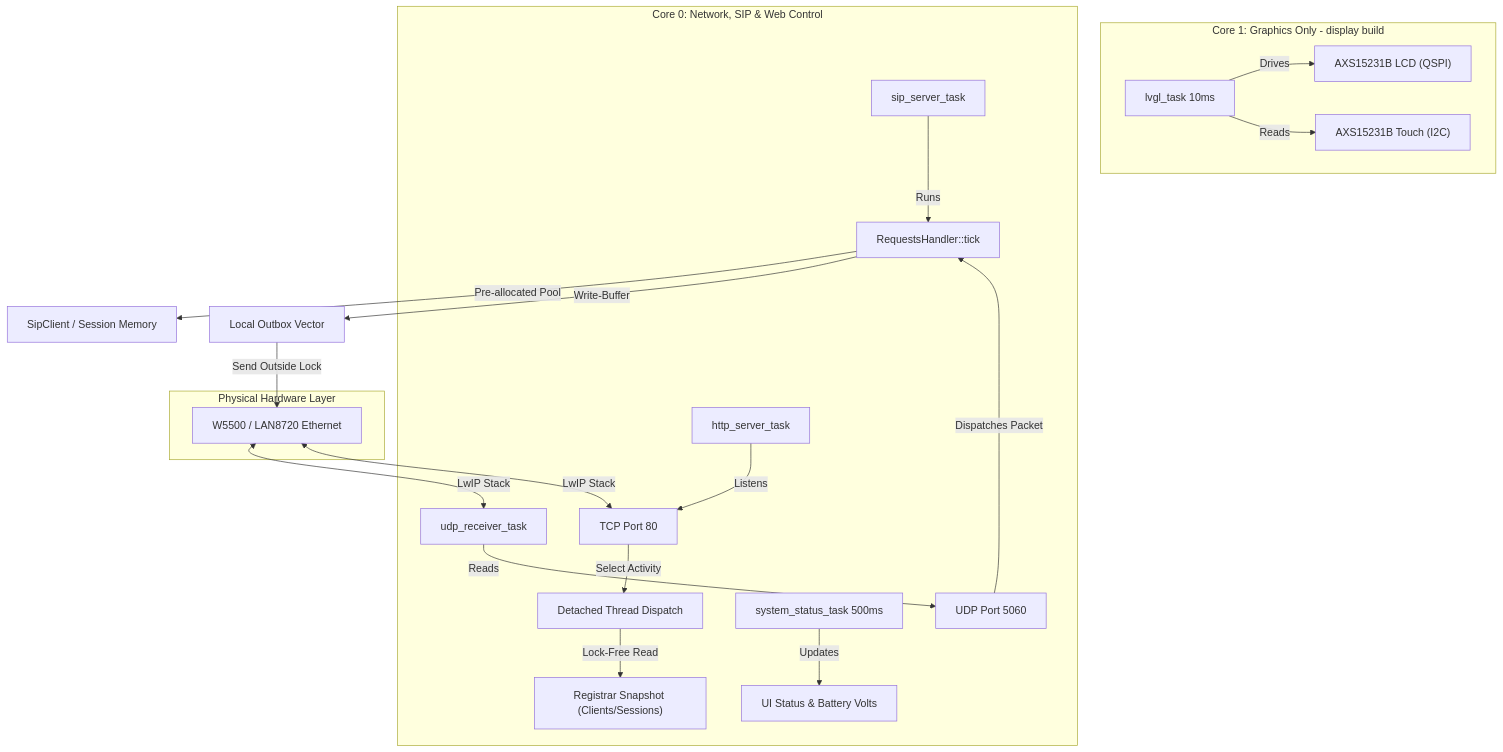
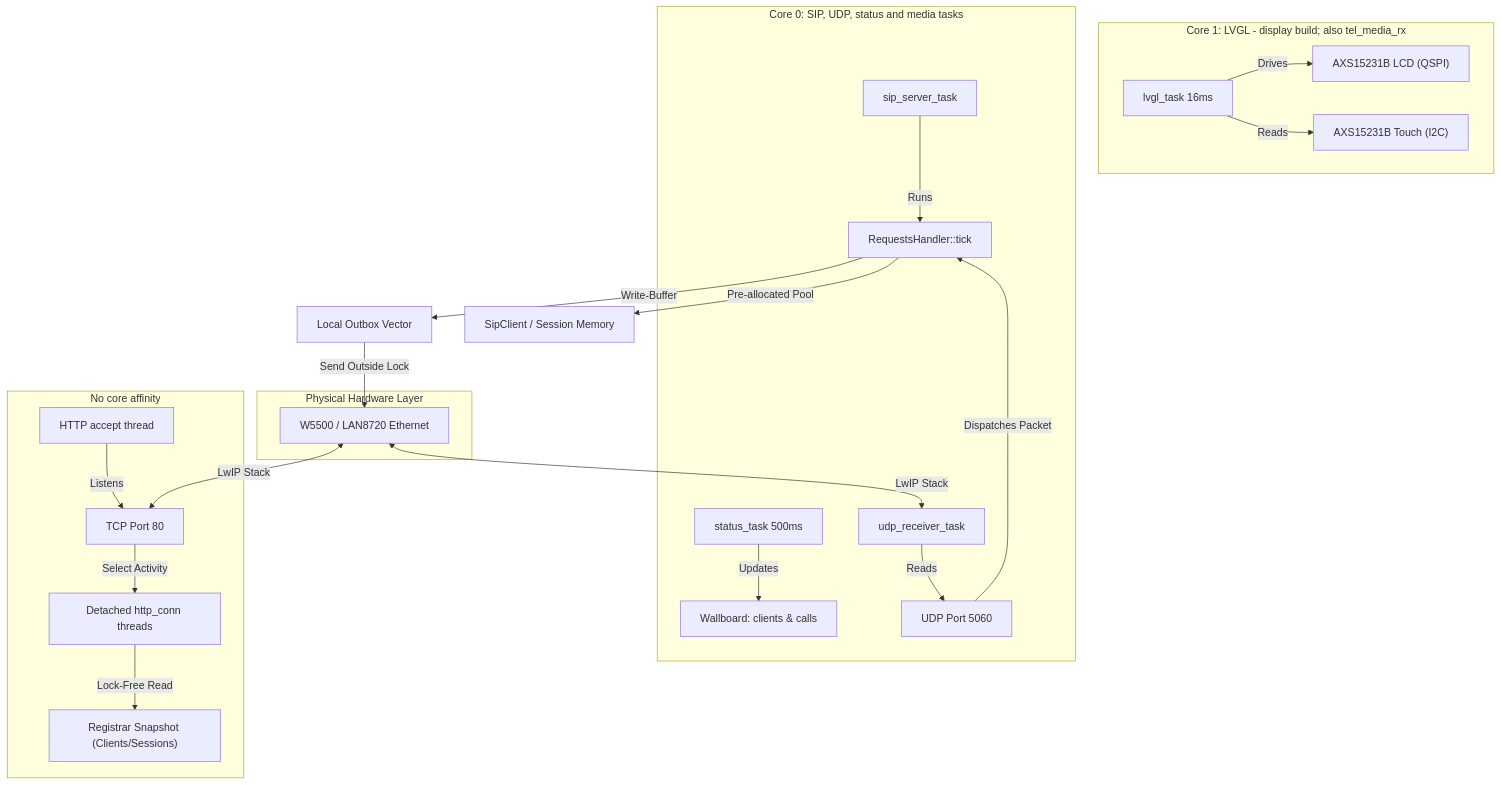
One commit to GlomarGadaffi/pocket-dial changed the diagram in docs/ARCHITECTURE.md. Above: the diagram before and after it, drawn with Mermaid. The commit also changed other lines of this file and 2 other files, not shown here.

First line of the commit message:
docs: re-check FEATURE_ROADMAP, ARCHITECTURE and the RFC map against main (Part of #401) (#520)

````diff
--- a/docs/ARCHITECTURE.md
+++ b/docs/ARCHITECTURE.md
@@ -20,28 +23,31 @@
 ```mermaid
 graph TD
-    subgraph Core 1 [Core 1: Graphics Only - display build]
-        A[lvgl_task 10ms] -->|Drives| B["AXS15231B LCD (QSPI)"]
+    subgraph Core 1 [Core 1: LVGL - display build; also tel_media_rx]
+        A[lvgl_task 16ms] -->|Drives| B["AXS15231B LCD (QSPI)"]
         A -->|Reads| C["AXS15231B Touch (I2C)"]
     end
 
-    subgraph Core 0 [Core 0: Network, SIP & Web Control]
+    subgraph Core 0 [Core 0: SIP, UDP, status and media tasks]
         D[sip_server_task] -->|Runs| E[RequestsHandler::tick]
-        F[http_server_task] -->|Listens| G[TCP Port 80]
-        G -->|Select Activity| H["Detached Thread Dispatch"]
+        J[status_task 500ms] -->|Updates| K[Wallboard: clients & calls]
+        L[udp_receiver_task] -->|Reads| M[UDP Port 5060]
+    end
+
+    subgraph Unpinned [No core affinity]
+        F["HTTP accept thread"] -->|Listens| G[TCP Port 80]
+        G -->|Select Activity| H["Detached http_conn threads"]
         H -->|Lock-Free Read| I["Registrar Snapshot (Clients/Sessions)"]
-        J[system_status_task 500ms] -->|Updates| K[UI Status & Battery Volts]
-        L[udp_receiver_task] -->|Reads| M[UDP Port 5060]
     end
 
     subgraph Hardware [Physical Hardware Layer]
         B
         C
         N["W5500 / LAN8720 Ethernet"] <-->|LwIP Stack| L
         N <-->|LwIP Stack| G
     end
 
     E -->|Pre-allocated Pool| O[SipClient / Session Memory]
     M -->|Dispatches Packet| E
     E -->|Write-Buffer| P[Local Outbox Vector]
     P -->|Send Outside Lock| N
 ```
````
